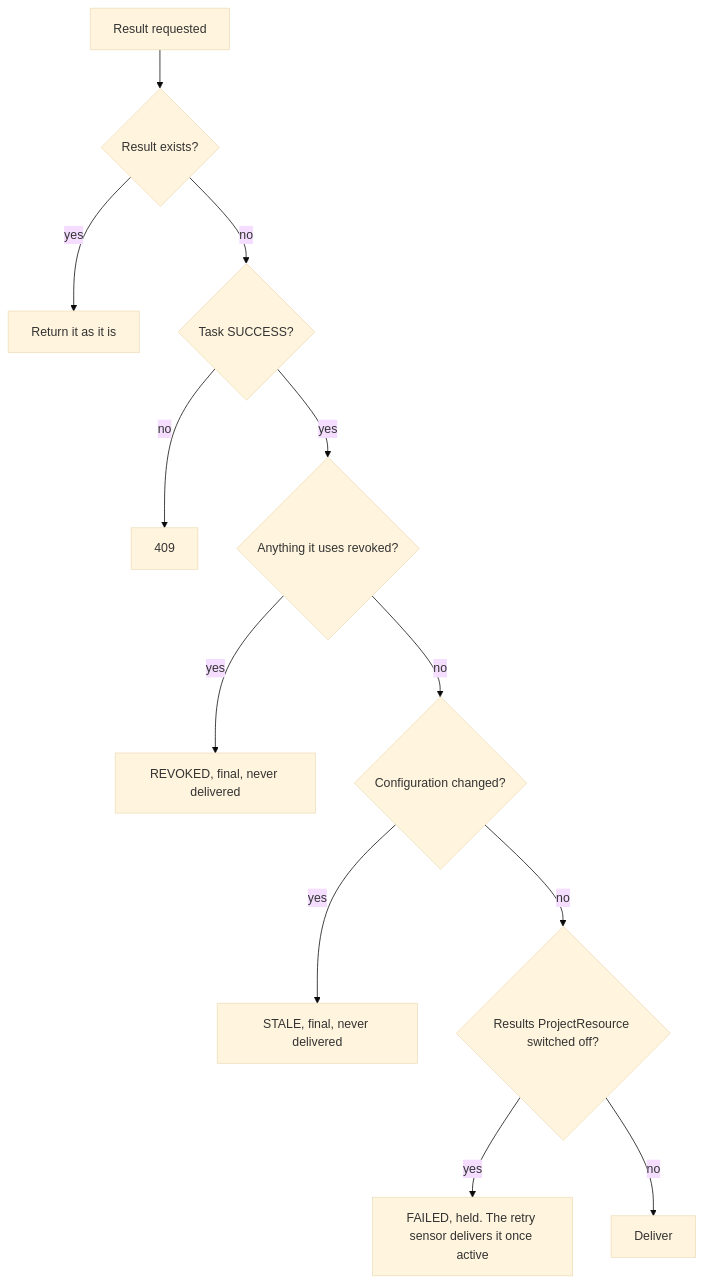
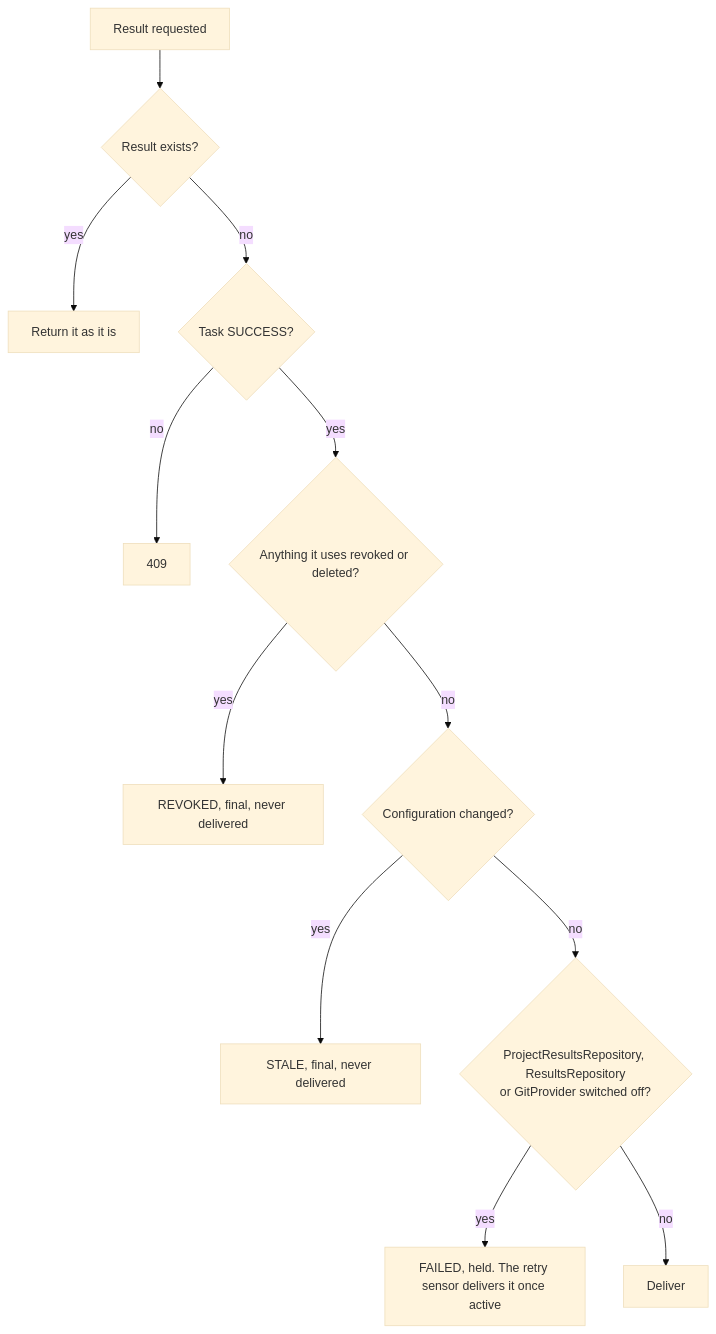
The second of 3 diagrams in docs/architecture/revoke-and-enabled.md (Aridhia-Open-Source/PHEMS_federated_node), drawn with Mermaid (base theme) before and after one commit. The commit also changed other lines of this file, not shown here.

````diff
--- a/docs/architecture/revoke-and-enabled.md
+++ b/docs/architecture/revoke-and-enabled.md
@@ -51,14 +51,14 @@
 ```mermaid
 flowchart TD
     A["Result requested"] --> B{"Result exists?"}
     B -- yes --> R0["Return it as it is"]
     B -- no --> C{"Task SUCCESS?"}
     C -- no --> E["409"]
-    C -- yes --> D{"Anything it uses revoked?"}
+    C -- yes --> D{"Anything it uses revoked or deleted?"}
     D -- yes --> R1["REVOKED, final, never delivered"]
     D -- no --> G{"Configuration changed?"}
     G -- yes --> R2["STALE, final, never delivered"]
-    G -- no --> H{"Results ProjectResource switched off?"}
+    G -- no --> H{"ProjectResultsRepository, ResultsRepository<br/>or GitProvider switched off?"}
     H -- yes --> R3["FAILED, held. The retry sensor delivers it once active"]
     H -- no --> OK["Deliver"]
 ```
````
